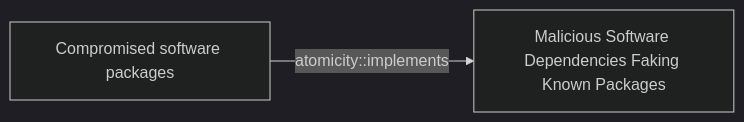
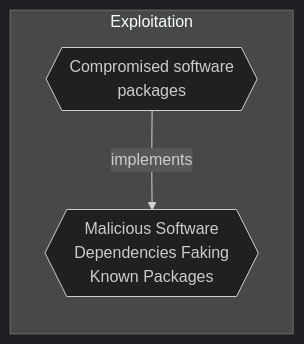
Before and after one commit to opentidehq/library: the diagram in docs/threats/compromised-software-packages.md, drawn with Mermaid (dark theme). The commit also changed other lines of this file and 540 other files, not shown here.

````diff
--- a/docs/threats/compromised-software-packages.md
+++ b/docs/threats/compromised-software-packages.md
@@ -107,6 +126,8 @@
 ```mermaid
 flowchart LR
-1c1c9665_a30e_479b_bd80_1afb7b53ac83["Compromised software packages"]
-78683822_44dc_41ac_8fef_b5f0968743c9["Malicious Software Dependencies Faking Known Packages"]
-1c1c9665_a30e_479b_bd80_1afb7b53ac83 -->|atomicity::implements| 78683822_44dc_41ac_8fef_b5f0968743c9
+subgraph "Exploitation"
+1c1c9665_a30e_479b_bd80_1afb7b53ac83{{"Compromised software<br>packages"}}
+78683822_44dc_41ac_8fef_b5f0968743c9{{"Malicious Software<br>Dependencies Faking<br>Known Packages"}}
+end
+1c1c9665_a30e_479b_bd80_1afb7b53ac83 -->|implements| 78683822_44dc_41ac_8fef_b5f0968743c9
 ```
````
